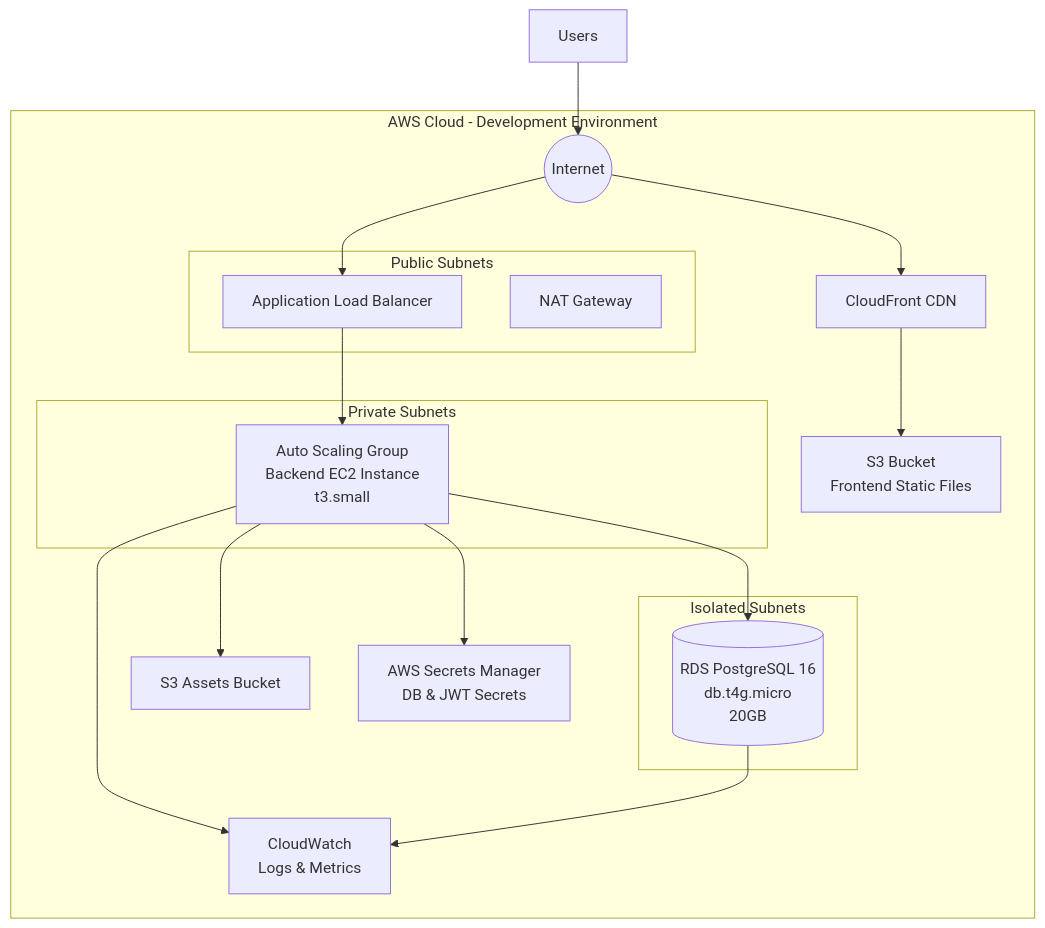
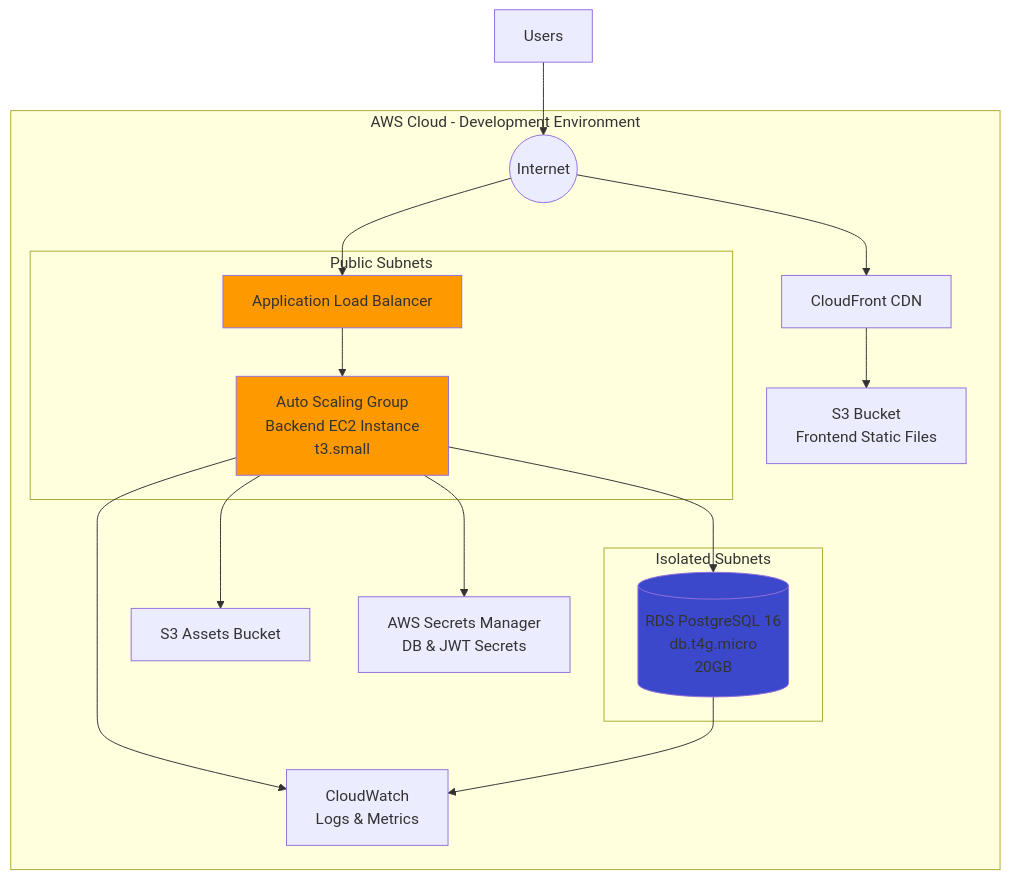
The diagram in infrastructure/README.md (opex-labs-ai/multica), drawn with Mermaid before and after one commit. The commit also changed other lines of this file and 3 other files, not shown here.

First line of the commit message:
Remove NAT gateway to reduce costs by ~$35/month

````diff
--- a/infrastructure/README.md
+++ b/infrastructure/README.md
@@ -20,34 +20,34 @@
 ```mermaid
 graph TB
     subgraph "AWS Cloud - Development Environment"
         subgraph "Public Subnets"
             ALB[Application Load Balancer]
-            NAT[NAT Gateway]
-        end
-        
-        subgraph "Private Subnets"
             ASG[Auto Scaling Group<br/>Backend EC2 Instance<br/>t3.small]
         end
         
         subgraph "Isolated Subnets"
             RDS[(RDS PostgreSQL 16<br/>db.t4g.micro<br/>20GB)]
         end
         
         CF[CloudFront CDN] --> S3[S3 Bucket<br/>Frontend Static Files]
         
         Internet((Internet)) --> CF
         Internet --> ALB
         
         ALB --> ASG
         ASG --> RDS
         ASG --> S3Assets[S3 Assets Bucket]
         
         ASG --> Secrets[AWS Secrets Manager<br/>DB & JWT Secrets]
         
         CloudWatch[CloudWatch<br/>Logs & Metrics]
         ASG --> CloudWatch
         RDS --> CloudWatch
     end
     
     Users[Users] --> Internet
+    
+    style ASG fill:#ff9900
+    style ALB fill:#ff9900
+    style RDS fill:#3b48cc
 ```
````
